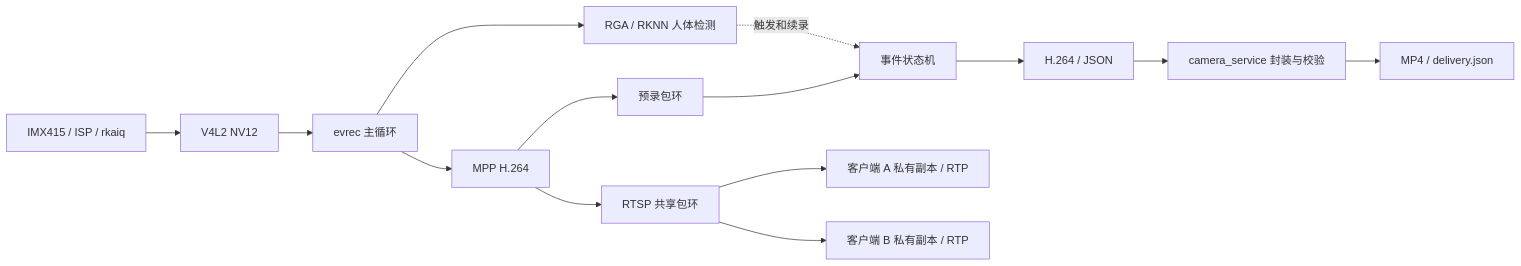
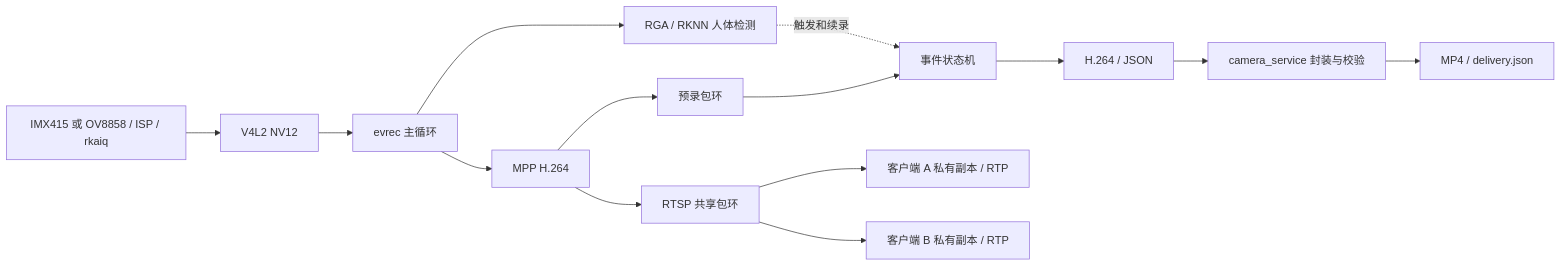
Before and after one commit to Ericsunny/rk3568-camera-driver: the diagram in docs/overview/final-system.md, drawn with Mermaid. The commit also changed other lines of this file and 864 other files, not shown here.

````diff
--- a/docs/overview/final-system.md
+++ b/docs/overview/final-system.md
@@ -29,16 +31,16 @@
 ```mermaid
 flowchart LR
-    S[IMX415 / ISP / rkaiq] --> V[V4L2 NV12]
+    S[IMX415 或 OV8858 / ISP / rkaiq] --> V[V4L2 NV12]
     V --> M[evrec 主循环]
     M --> D[RGA / RKNN 人体检测]
     D -.触发和续录.-> E[事件状态机]
     M --> C[MPP H.264]
     C --> R[预录包环]
     R --> E
     E --> F[H.264 / JSON]
     F --> P[camera_service 封装与校验]
     P --> O[MP4 / delivery.json]
     C --> H[RTSP 共享包环]
     H --> A[客户端 A 私有副本 / RTP]
     H --> B[客户端 B 私有副本 / RTP]
 ```
````
